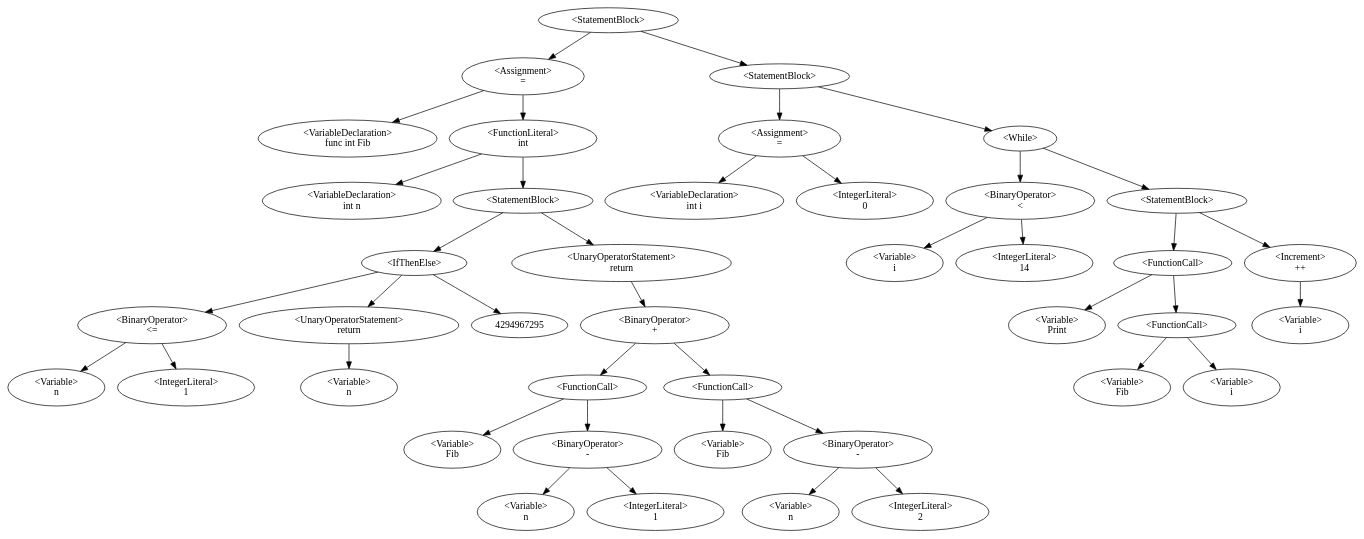
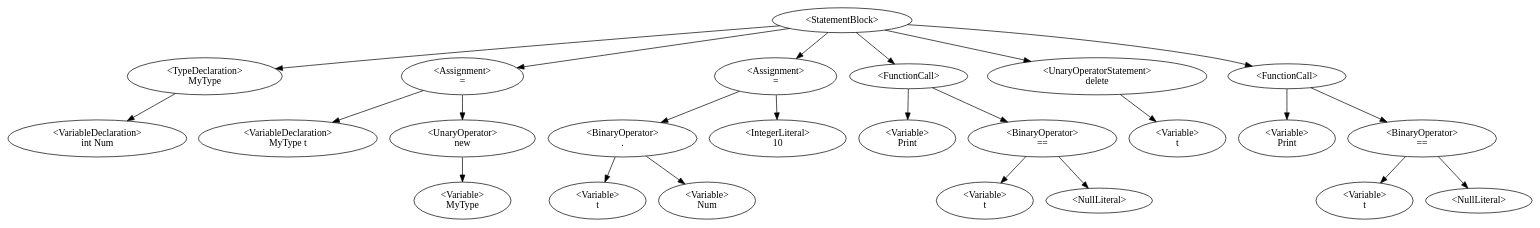
The diagram in Dino/Dino/AstDisplay.gv (QazmoQwerty/dino), drawn with Graphviz before and after one commit. The commit also changed 9 other files, not shown here.

Commit message:
added 'null' literal, added 'new' operator

```diff
--- a/Dino/Dino/AstDisplay.gv
+++ b/Dino/Dino/AstDisplay.gv
@@ -1,43 +1,26 @@
 digraph G {
-0 [label="<StatementBlock>"];0->2;0->24;
-2 [label="<Assignment>\n="];2->1;2->3;
-1 [label="<VariableDeclaration>\nfunc int Fib"];
-3 [label="<FunctionLiteral>
-int"];3->4;3->5;
-4 [label="<VariableDeclaration>\nint n"];
-5 [label="<StatementBlock>"];5->6;5->12;
-6 [label="<IfThenElse>"];6->8;6->10;6->4294967295;
-8 [label="<BinaryOperator>\n<="];8->7;8->9;
-7 [label="<Variable>\nn"];
-9 [label="<IntegerLiteral>\n1"];
-10 [label="<UnaryOperatorStatement>\nreturn"];10->11;
-11 [label="<Variable>\nn"];
-12 [label="<UnaryOperatorStatement>\nreturn"];12->18;
-18 [label="<BinaryOperator>\n+"];18->14;18->20;
-14 [label="<FunctionCall>\n"];14->13;14->16;
-13 [label="<Variable>\nFib"];
-16 [label="<BinaryOperator>\n-"];16->15;16->17;
-15 [label="<Variable>\nn"];
-17 [label="<IntegerLiteral>\n1"];
+0 [label="<StatementBlock>"];0->1;0->4;0->10;0->13;0->17;0->20;
+1 [label="<TypeDeclaration>\nMyType"];1->2;
+2 [label="<VariableDeclaration>\nint Num"];
+4 [label="<Assignment>\n="];4->3;4->5;
+3 [label="<VariableDeclaration>\nMyType t"];
+5 [label="<UnaryOperator>\nnew"];5->6;
+6 [label="<Variable>\nMyType"];
+10 [label="<Assignment>\n="];10->8;10->11;
+8 [label="<BinaryOperator>\n."];8->7;8->9;
+7 [label="<Variable>\nt"];
+9 [label="<Variable>\nNum"];
+11 [label="<IntegerLiteral>\n10"];
+13 [label="<FunctionCall>\n"];13->12;13->15;
+12 [label="<Variable>\nPrint"];
+15 [label="<BinaryOperator>\n=="];15->14;15->16;
+14 [label="<Variable>\nt"];
+16 [label="<NullLiteral>"];
+17 [label="<UnaryOperatorStatement>\ndelete"];17->18;
+18 [label="<Variable>\nt"];
 20 [label="<FunctionCall>\n"];20->19;20->22;
-19 [label="<Variable>\nFib"];
-22 [label="<BinaryOperator>\n-"];22->21;22->23;
-21 [label="<Variable>\nn"];
-23 [label="<IntegerLiteral>\n2"];
-24 [label="<StatementBlock>"];24->26;24->28;
-26 [label="<Assignment>\n="];26->25;26->27;
-25 [label="<VariableDeclaration>\nint i"];
-27 [label="<IntegerLiteral>\n0"];
-28 [label="<While>"];28->30;28->34;
-30 [label="<BinaryOperator>\n<"];30->29;30->31;
-29 [label="<Variable>\ni"];
-31 [label="<IntegerLiteral>\n14"];
-34 [label="<StatementBlock>"];34->36;34->32;
-36 [label="<FunctionCall>\n"];36->35;36->38;
-35 [label="<Variable>\nPrint"];
-38 [label="<FunctionCall>\n"];38->37;38->39;
-37 [label="<Variable>\nFib"];
-39 [label="<Variable>\ni"];
-32 [label="<Increment>\n++"];32->33;
-33 [label="<Variable>\ni"];
+19 [label="<Variable>\nPrint"];
+22 [label="<BinaryOperator>\n=="];22->21;22->23;
+21 [label="<Variable>\nt"];
+23 [label="<NullLiteral>"];
 }
```
